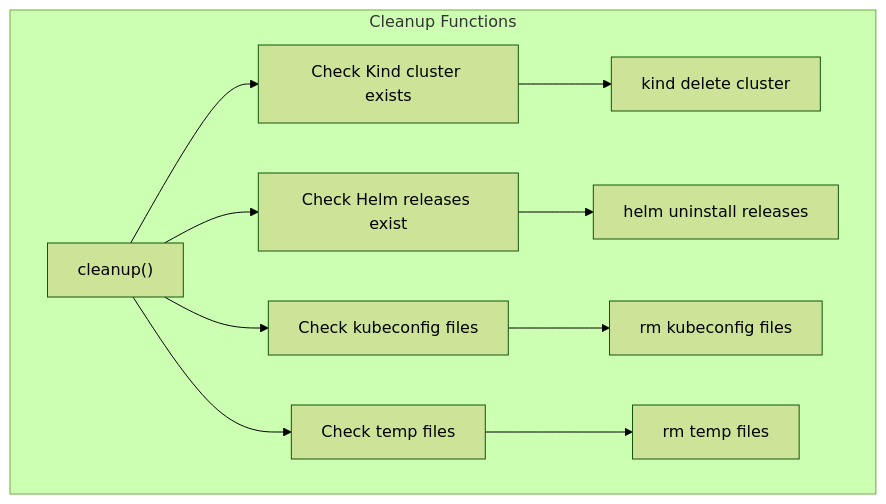
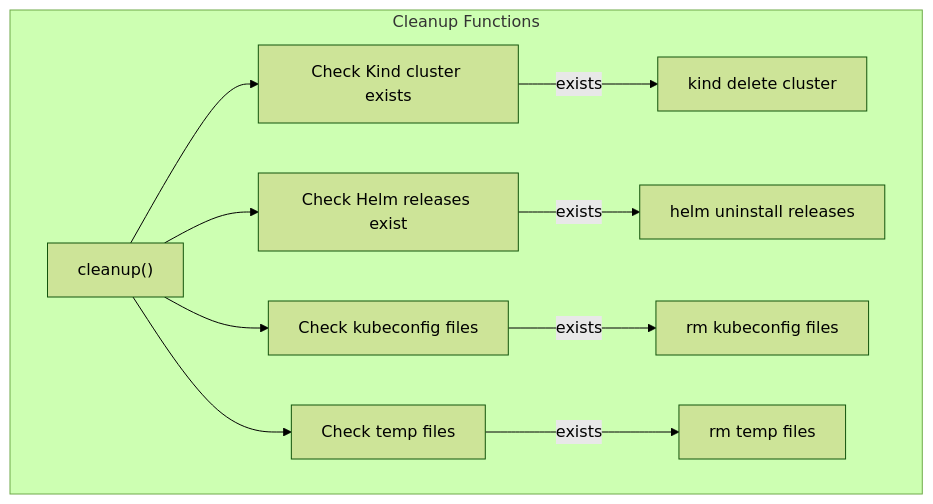
The fourth of 4 diagrams in docs/deepwiki/Uninstallation.md (openchoreo/openchoreo), drawn with Mermaid (forest theme) before and after one commit. The commit also changed other lines of this file and 85 other files, not shown here.

Commit message:
feat: Add new workflow and specification templates, update Helm chart dependencies, and clarify documentation diagrams.

````diff
--- a/docs/deepwiki/Uninstallation.md
+++ b/docs/deepwiki/Uninstallation.md
@@ -323,33 +308,33 @@
 ```mermaid
 flowchart TD
 
 Main["cleanup()"]
 Check1["Check Kind cluster exists"]
 Check2["Check Helm releases exist"]
 Check3["Check kubeconfig files"]
 Check4["Check temp files"]
 Delete1["kind delete cluster"]
 Delete2["helm uninstall releases"]
 Delete3["rm kubeconfig files"]
 Delete4["rm temp files"]
 
 subgraph subGraph0 ["Cleanup Functions"]
     Main
     Check1
     Check2
     Check3
     Check4
     Delete1
     Delete2
     Delete3
     Delete4
     Main --> Check1
     Main --> Check2
     Main --> Check3
     Main --> Check4
-    Check1 --> Delete1
-    Check2 --> Delete2
-    Check3 --> Delete3
-    Check4 --> Delete4
+    Check1 -->|"exists"| Delete1
+    Check2 -->|"exists"| Delete2
+    Check3 -->|"exists"| Delete3
+    Check4 -->|"exists"| Delete4
 end
 ```
````
